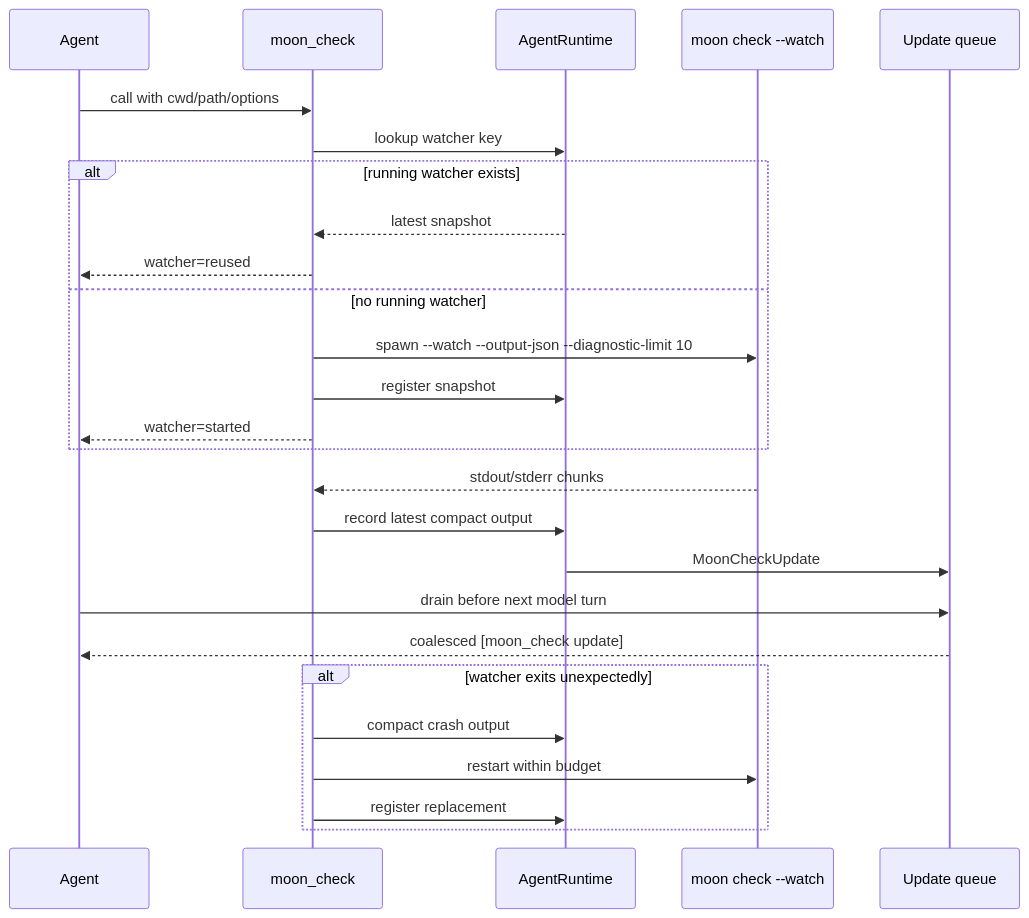
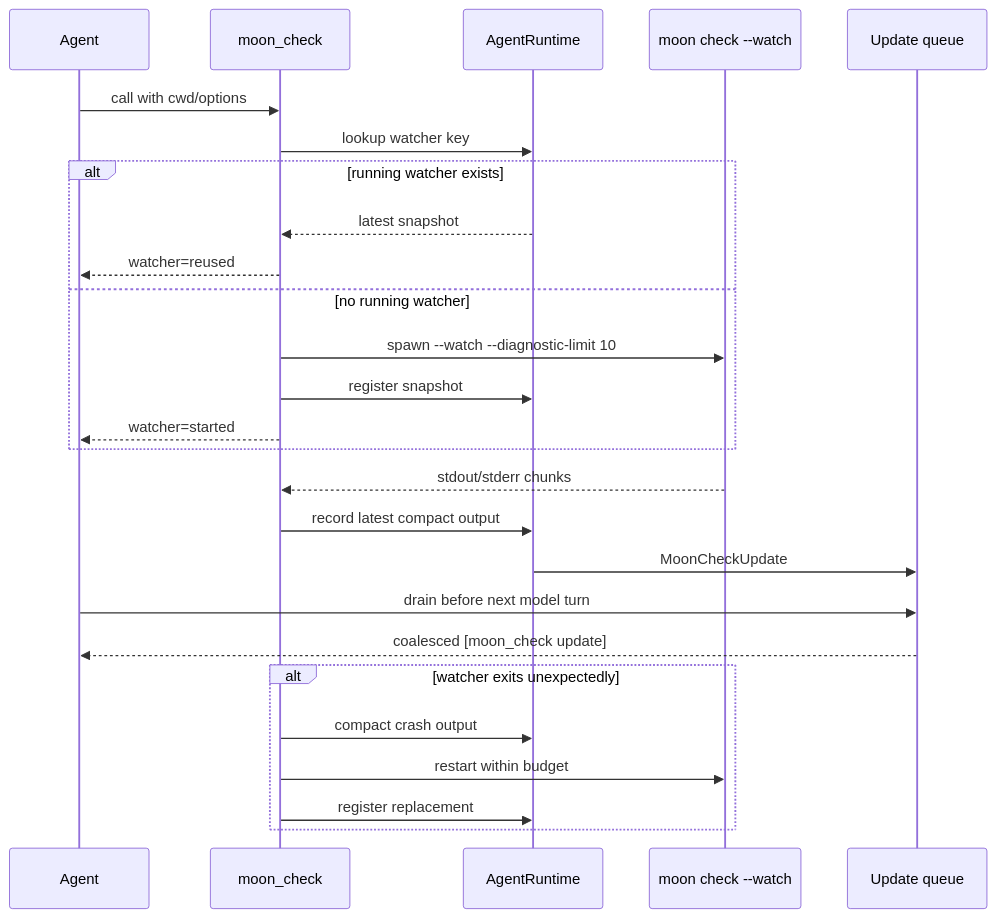
The diagram in agent_tool/moon_check/README.mbt.md (0717lee/openseek), drawn with Mermaid before and after one commit. The commit also changed other lines of this file and 16 other files, not shown here.

````diff
--- a/agent_tool/moon_check/README.mbt.md
+++ b/agent_tool/moon_check/README.mbt.md
@@ -30,29 +30,29 @@
 ```mermaid
 sequenceDiagram
   participant Agent
   participant Tool as moon_check
   participant Runtime as AgentRuntime
   participant Watcher as moon check --watch
   participant Queue as Update queue
 
-  Agent->>Tool: call with cwd/path/options
+  Agent->>Tool: call with cwd/options
   Tool->>Runtime: lookup watcher key
   alt running watcher exists
     Runtime-->>Tool: latest snapshot
     Tool-->>Agent: watcher=reused
   else no running watcher
-    Tool->>Watcher: spawn --watch --output-json --diagnostic-limit 10
+    Tool->>Watcher: spawn --watch --diagnostic-limit 10
     Tool->>Runtime: register snapshot
     Tool-->>Agent: watcher=started
   end
   Watcher-->>Tool: stdout/stderr chunks
   Tool->>Runtime: record latest compact output
   Runtime->>Queue: MoonCheckUpdate
   Agent->>Queue: drain before next model turn
   Queue-->>Agent: coalesced [moon_check update]
   alt watcher exits unexpectedly
     Tool->>Runtime: compact crash output
     Tool->>Watcher: restart within budget
     Tool->>Runtime: register replacement
   end
 ```
````
